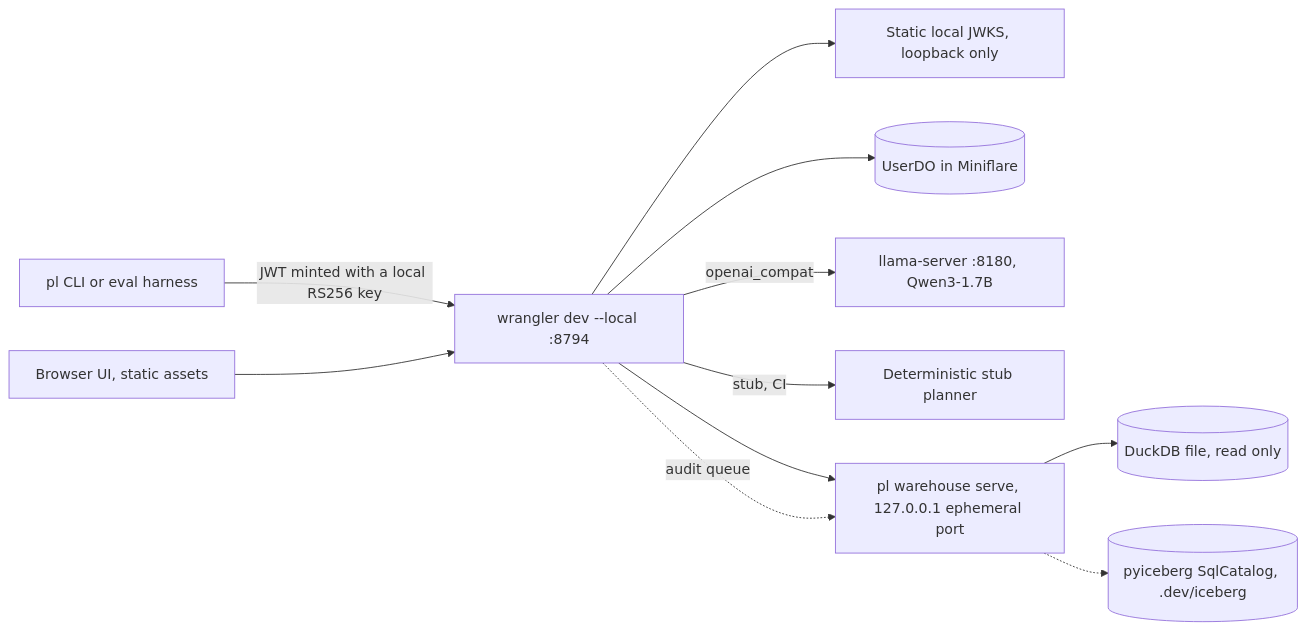
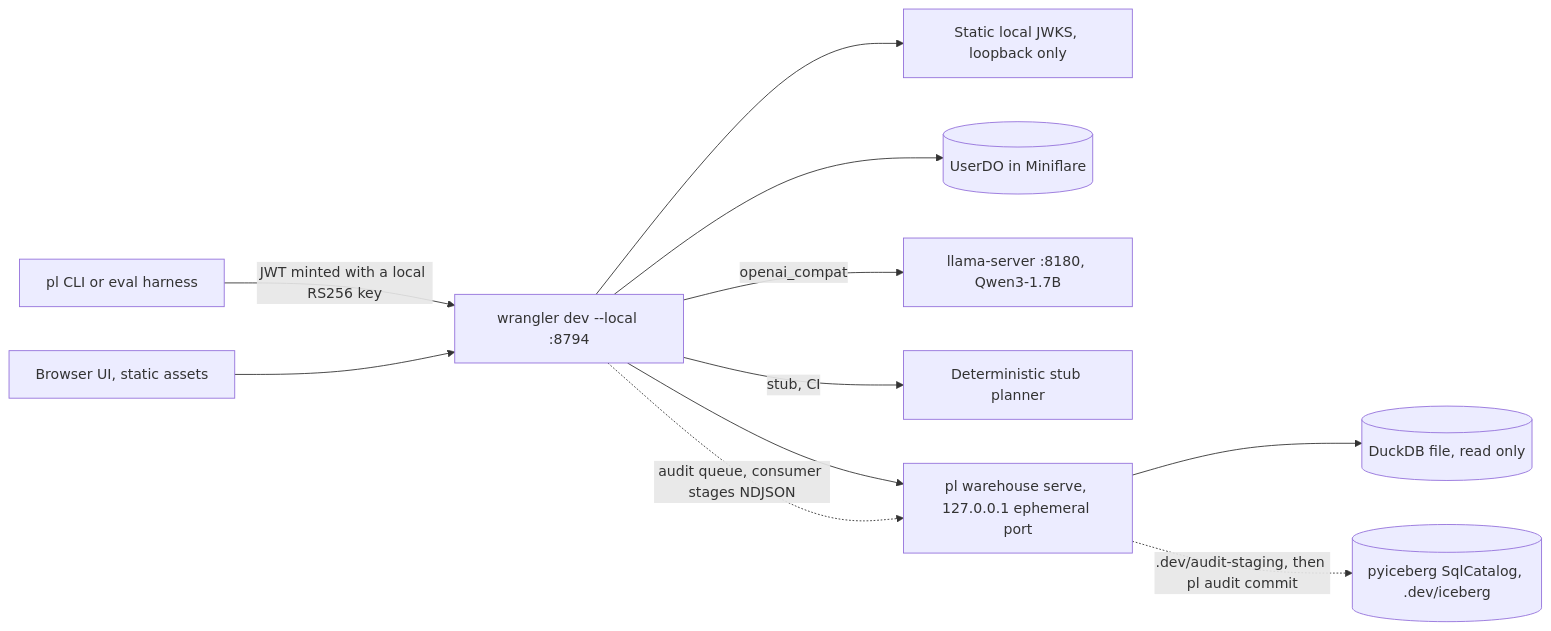
Before and after one commit to nitishsjsucs/peoplelens: the second of 2 diagrams in README.md, drawn with Mermaid. The commit also changed other lines of this file and 21 other files, not shown here.

First line of the commit message:
feat(audit): Free plan audit trail: queue to immutable R2 batches, pyiceberg commit into Basin Catalog

````diff
--- a/README.md
+++ b/README.md
@@ -61,13 +64,13 @@
 ```mermaid
 flowchart LR
   CLI[pl CLI or eval harness] -->|JWT minted with a local RS256 key| WD[wrangler dev --local :8794]
   WD --> AUTHL[Static local JWKS, loopback only]
   WD --> DOL[(UserDO in Miniflare)]
   WD -->|openai_compat| LS[llama-server :8180, Qwen3-1.7B]
   WD -->|stub, CI| STUB[Deterministic stub planner]
   WD --> SC[pl warehouse serve, 127.0.0.1 ephemeral port]
   SC --> DDB[(DuckDB file, read only)]
-  WD -.->|audit queue| SC
-  SC -.-> ICE[(pyiceberg SqlCatalog, .dev/iceberg)]
+  WD -.->|audit queue, consumer stages NDJSON| SC
+  SC -.->|.dev/audit-staging, then pl audit commit| ICE[(pyiceberg SqlCatalog, .dev/iceberg)]
   B[Browser UI, static assets] --> WD
 ```
````
